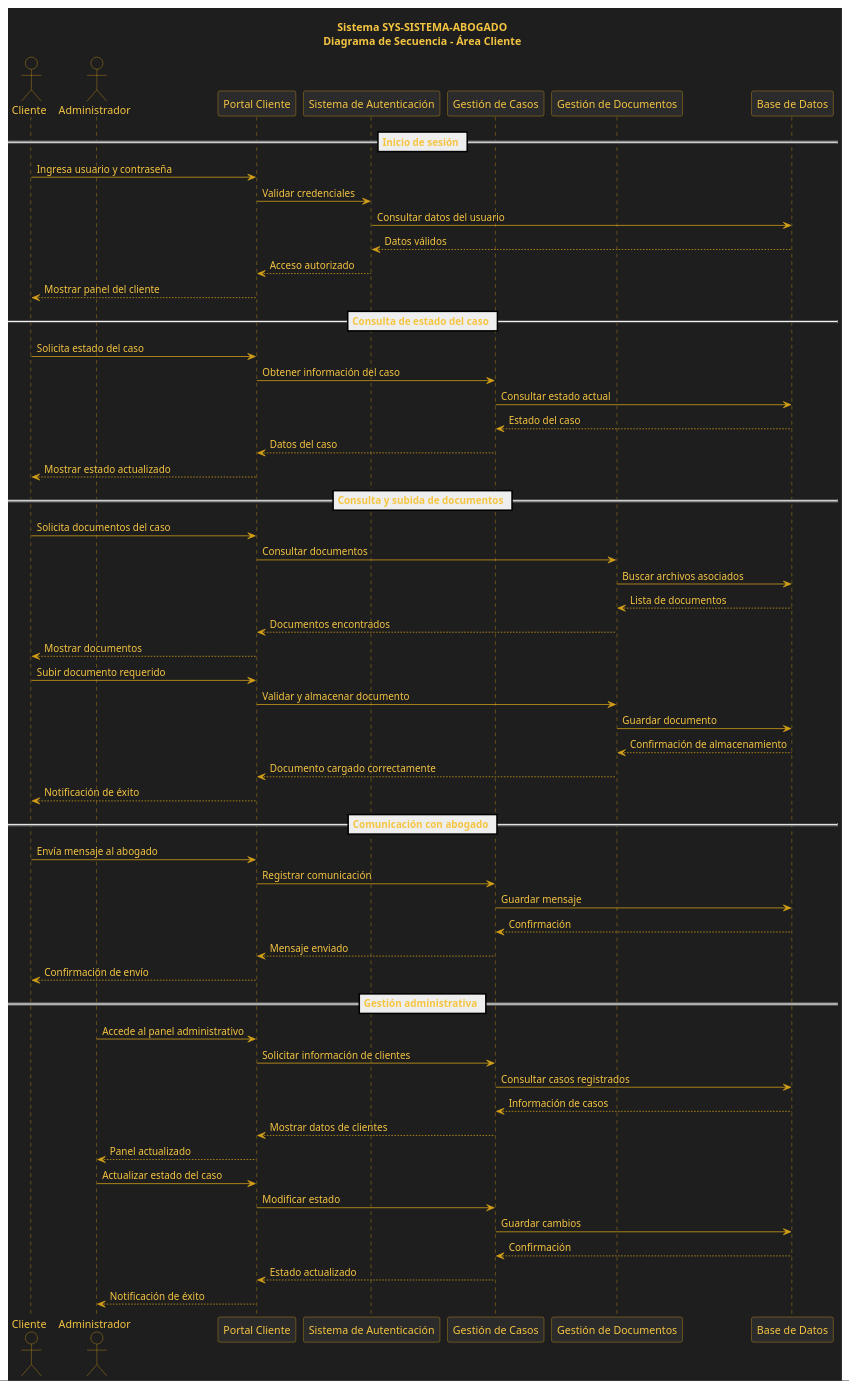
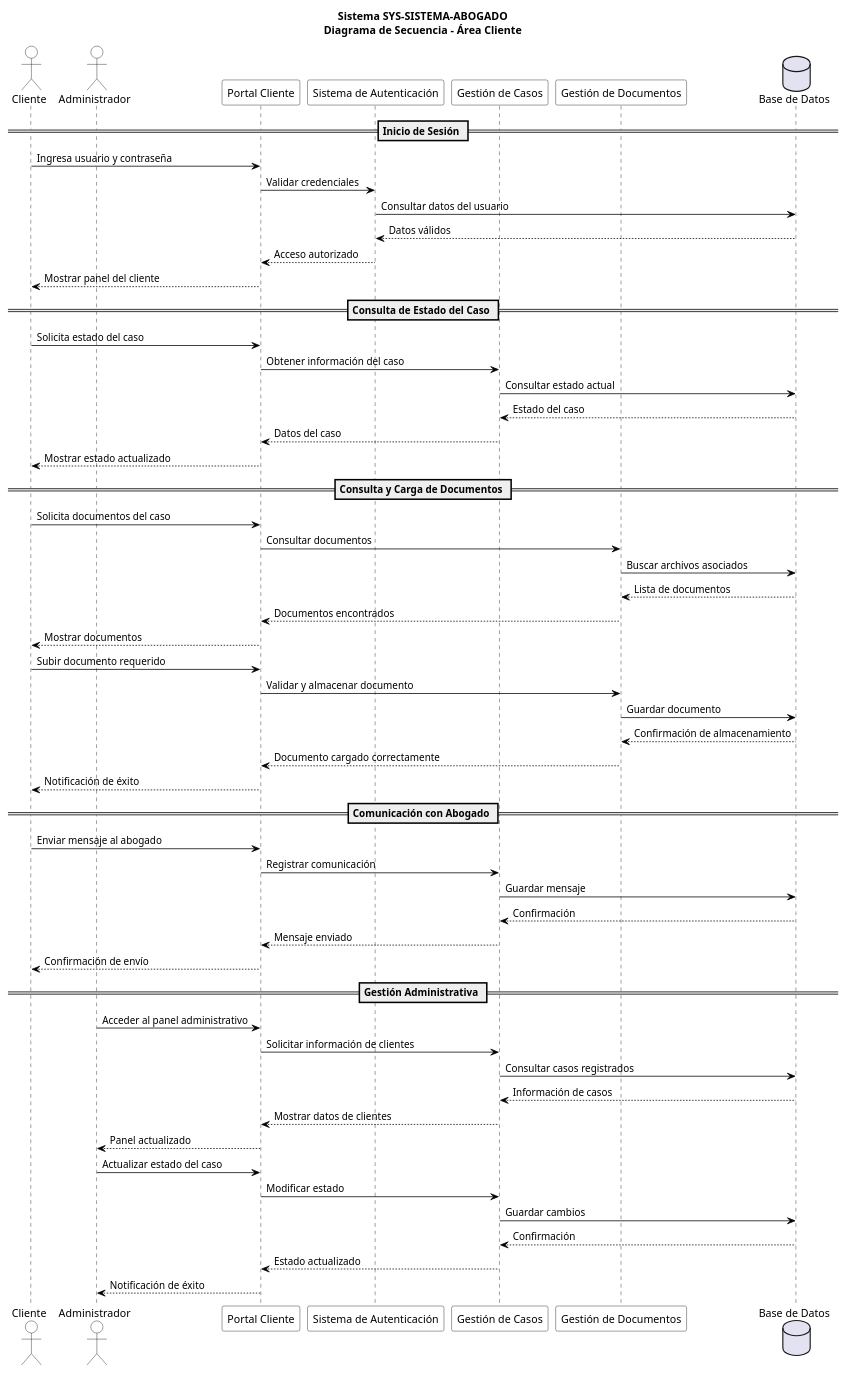
Before and after one commit to OscarBuildsBv/SYS_CANDIDATO_DOC: the diagram in 2-MODELO_UML/Comportamiento/2-Secuencia/secuencia-area_cliente.puml, drawn with PlantUML. The commit also changed 6 other files, not shown here.

```diff
--- a/2-MODELO_UML/Comportamiento/2-Secuencia/secuencia-area_cliente.puml
+++ b/2-MODELO_UML/Comportamiento/2-Secuencia/secuencia-area_cliente.puml
@@ -1,103 +1,103 @@
 @startuml Modulo_05_Area_Cliente_Secuencia
 title Sistema SYS-SISTEMA-ABOGADO\nDiagrama de Secuencia - Área Cliente
 
-skinparam backgroundColor #1E1E1E
+skinparam backgroundColor white
 skinparam shadowing false
 
 skinparam sequence {
-    ArrowColor #D4A017
-    LifeLineBorderColor #D4A017
-    LifeLineBackgroundColor #2B2B2B
-    ParticipantBorderColor #D4A017
-    ParticipantBackgroundColor #2B2B2B
-    ParticipantFontColor #F5C542
-    ActorBorderColor #D4A017
-    ActorBackgroundColor #1E1E1E
-    ActorFontColor #F5C542
+    ArrowColor black
+    LifeLineBorderColor black
+    LifeLineBackgroundColor white
+    ParticipantBorderColor black
+    ParticipantBackgroundColor white
+    ParticipantFontColor black
+    ActorBorderColor black
+    ActorBackgroundColor white
+    ActorFontColor black
 }
 
-skinparam defaultFontColor #F5C542
+skinparam defaultFontColor black
 
 actor Cliente
 actor Administrador
 
 participant "Portal Cliente" as PC
 participant "Sistema de Autenticación" as SA
 participant "Gestión de Casos" as GC
 participant "Gestión de Documentos" as GD
-participant "Base de Datos" as BD
+database "Base de Datos" as BD
 
-== Inicio de sesión ==
+== Inicio de Sesión ==
 
 Cliente -> PC : Ingresa usuario y contraseña
 PC -> SA : Validar credenciales
 
 SA -> BD : Consultar datos del usuario
 BD --> SA : Datos válidos
 
 SA --> PC : Acceso autorizado
 PC --> Cliente : Mostrar panel del cliente
 
-== Consulta de estado del caso ==
+== Consulta de Estado del Caso ==
 
 Cliente -> PC : Solicita estado del caso
 PC -> GC : Obtener información del caso
 
 GC -> BD : Consultar estado actual
 BD --> GC : Estado del caso
 
 GC --> PC : Datos del caso
 PC --> Cliente : Mostrar estado actualizado
 
-== Consulta y subida de documentos ==
+== Consulta y Carga de Documentos ==
 
 Cliente -> PC : Solicita documentos del caso
 PC -> GD : Consultar documentos
 
 GD -> BD : Buscar archivos asociados
 BD --> GD : Lista de documentos
 
 GD --> PC : Documentos encontrados
 PC --> Cliente : Mostrar documentos
 
 Cliente -> PC : Subir documento requerido
 PC -> GD : Validar y almacenar documento
 
 GD -> BD : Guardar documento
 BD --> GD : Confirmación de almacenamiento
 
 GD --> PC : Documento cargado correctamente
 PC --> Cliente : Notificación de éxito
 
-== Comunicación con abogado ==
+== Comunicación con Abogado ==
 
-Cliente -> PC : Envía mensaje al abogado
+Cliente -> PC : Enviar mensaje al abogado
 PC -> GC : Registrar comunicación
 
 GC -> BD : Guardar mensaje
 BD --> GC : Confirmación
 
 GC --> PC : Mensaje enviado
 PC --> Cliente : Confirmación de envío
 
-== Gestión administrativa ==
+== Gestión Administrativa ==
 
-Administrador -> PC : Accede al panel administrativo
+Administrador -> PC : Acceder al panel administrativo
 PC -> GC : Solicitar información de clientes
 
 GC -> BD : Consultar casos registrados
 BD --> GC : Información de casos
 
 GC --> PC : Mostrar datos de clientes
 PC --> Administrador : Panel actualizado
 
 Administrador -> PC : Actualizar estado del caso
 PC -> GC : Modificar estado
 
 GC -> BD : Guardar cambios
 BD --> GC : Confirmación
 
 GC --> PC : Estado actualizado
 PC --> Administrador : Notificación de éxito
 
 @enduml
```
